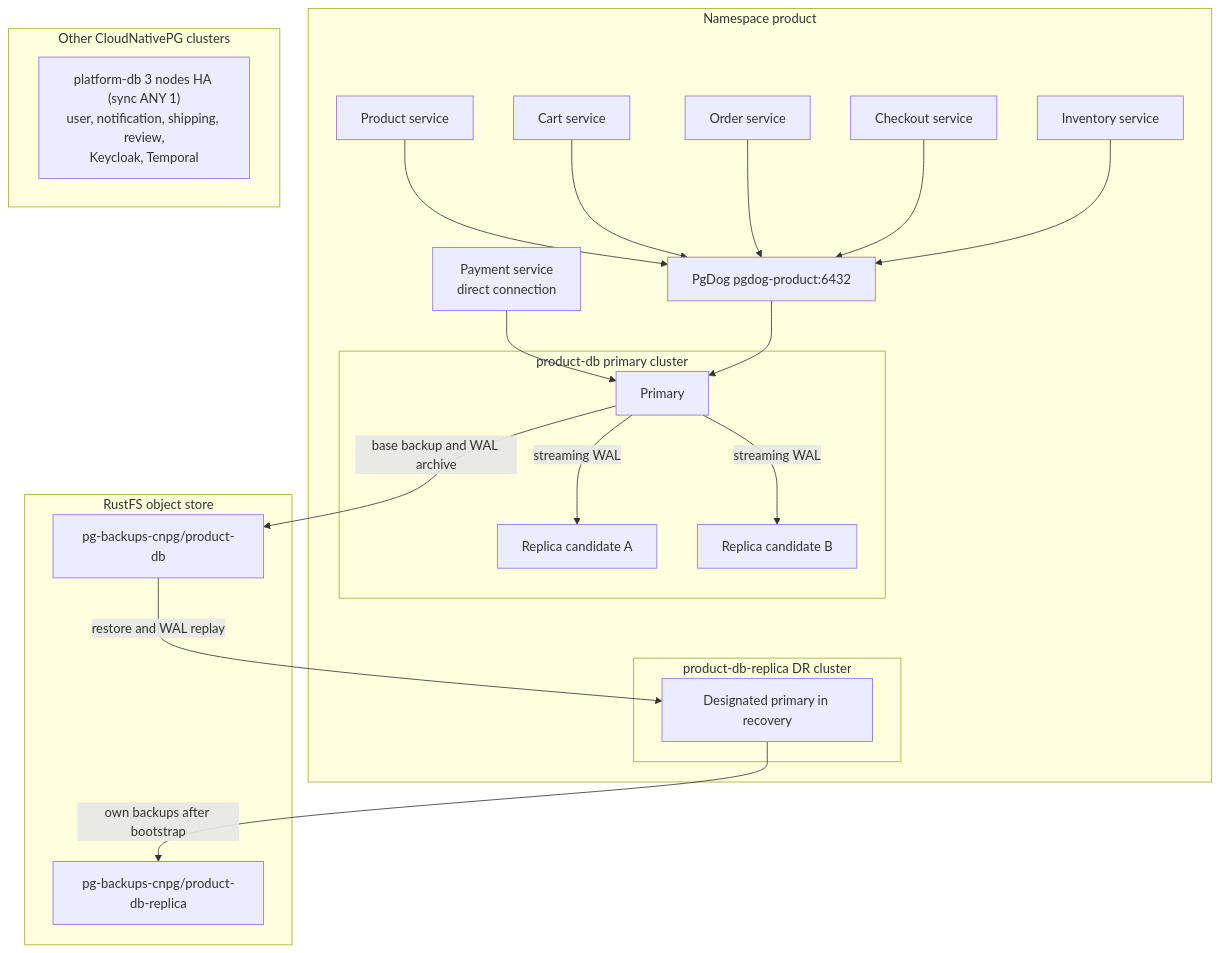
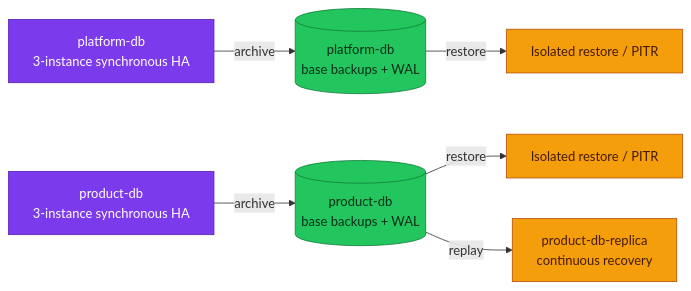
The first of 7 diagrams in docs/databases/disaster-recovery.md (duynhlab/homelab), drawn with Mermaid before and after one commit. The commit also changed other lines of this file and 50 other files, not shown here.

````diff
--- a/docs/databases/disaster-recovery.md
+++ b/docs/databases/disaster-recovery.md
@@ -61,44 +65,23 @@
 ```mermaid
-flowchart TB
-  subgraph productNs ["Namespace product"]
-    productSvc["Product service"]
-    cartSvc["Cart service"]
-    orderSvc["Order service"]
-    checkoutSvc["Checkout service"]
-    inventorySvc["Inventory service"]
-    paymentSvc["Payment service<br/>direct connection"]
-    pgdog["PgDog pgdog-product:6432"]
+flowchart LR
+    Platform["platform-db<br/>3-instance synchronous HA"]
+    Product["product-db<br/>3-instance synchronous HA"]
+    PlatformStore[("platform-db<br/>base backups + WAL")]
+    ProductStore[("product-db<br/>base backups + WAL")]
+    DR["product-db-replica<br/>continuous recovery"]
+    PlatformRestore["Isolated restore / PITR"]
+    ProductRestore["Isolated restore / PITR"]
 
-    subgraph cnpgPrimary ["product-db primary cluster"]
-      cnpgPrimaryPod["Primary"]
-      cnpgReplicaA["Replica candidate A"]
-      cnpgReplicaB["Replica candidate B"]
-      cnpgPrimaryPod -->|"streaming WAL"| cnpgReplicaA
-      cnpgPrimaryPod -->|"streaming WAL"| cnpgReplicaB
-    end
+    Platform -->|"archive"| PlatformStore
+    Product -->|"archive"| ProductStore
+    PlatformStore -->|"restore"| PlatformRestore
+    ProductStore -->|"restore"| ProductRestore
+    ProductStore -->|"replay"| DR
 
-    subgraph cnpgDr ["product-db-replica DR cluster"]
-      drPod["Designated primary in recovery"]
-    end
-  end
-
-  subgraph objectStore ["RustFS object store"]
-    primaryBucket["pg-backups-cnpg/product-db"]
-    drBucket["pg-backups-cnpg/product-db-replica"]
-  end
-
-  subgraph otherClusters ["Other CloudNativePG clusters"]
-    platformDb["platform-db 3 nodes HA (sync ANY 1)<br/>user, notification, shipping, review,<br/>Keycloak, Temporal"]
-  end
-
-  productSvc --> pgdog
-  cartSvc --> pgdog
-  orderSvc --> pgdog
-  checkoutSvc --> pgdog
-  inventorySvc --> pgdog
-  paymentSvc --> cnpgPrimaryPod
-  pgdog --> cnpgPrimaryPod
-  cnpgPrimaryPod -->|"base backup and WAL archive"| primaryBucket
-  primaryBucket -->|"restore and WAL replay"| drPod
-  drPod -->|"own backups after bootstrap"| drBucket
+    classDef platform fill:#7c3aed,color:#fff,stroke:#5b21b6;
+    classDef data fill:#22c55e,color:#052e16,stroke:#15803d;
+    classDef worker fill:#f59e0b,color:#451a03,stroke:#b45309;
+    class Platform,Product platform;
+    class PlatformStore,ProductStore data;
+    class DR,PlatformRestore,ProductRestore worker;
 ```
````
